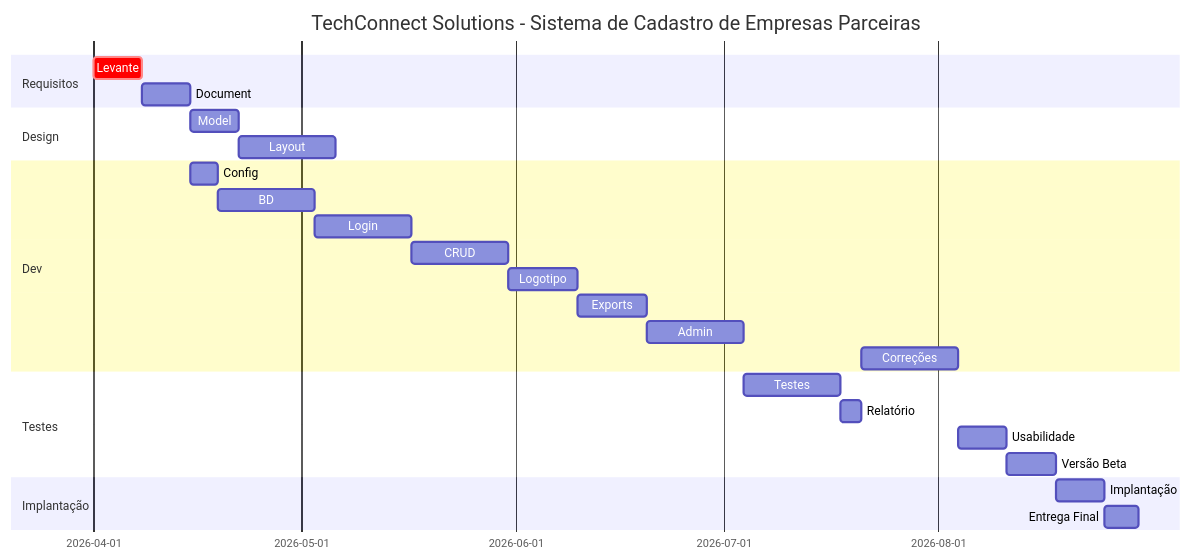
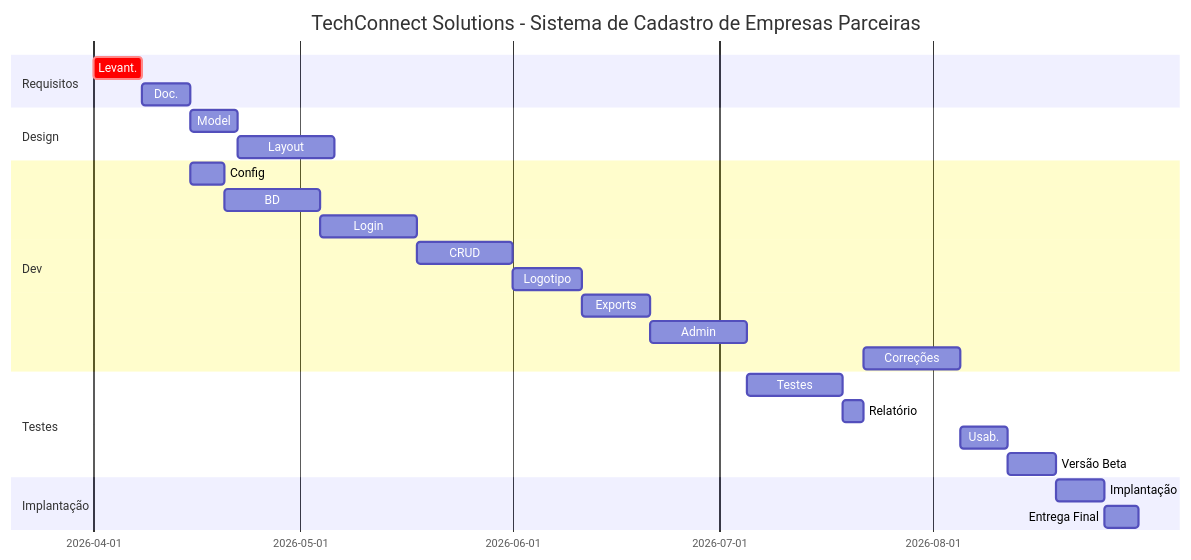
One commit to MaxPichy/teste_gannt3 changed the diagram in ATIVIDADE1.md. Above: the diagram before and after it, drawn with Mermaid.

````diff
--- a/ATIVIDADE1.md
+++ b/ATIVIDADE1.md
@@ -1,33 +1,33 @@
 ```mermaid
 gantt
     title TechConnect Solutions - Sistema de Cadastro de Empresas Parceiras
     dateFormat YYYY-MM-DD
     
     section Requisitos
-    Levante                    :crit, req, 2026-04-01, 7d
-    Document                   :doc, after req, 7d
+    Levant.                    :crit, req, 2026-04-01, 7d
+    Doc.                       :doc, after req, 7d
     
     section Design
     Model                      :mod, after doc, 7d
     Layout                     :lay, after mod, 14d
     
     section Dev
-    Config                     :cfg, after doc, 4d
+    Config                     :cfg, after doc, 5d
     BD                         :bd, after cfg, 14d
     Login                      :lgn, after bd, 14d
     CRUD                       :crd, after lgn, 14d
     Logotipo                   :lgt, after crd, 10d
     Exports                    :exp, after lgt, 10d
     Admin                      :adm, after exp, 14d
     Correções                  :cor, after rel, 14d
     
     section Testes
     Testes                      :tst, after adm, 14d
     Relatório                   :rel, after tst, 3d
-    Usabilidade                :usb, after cor, 7d
+    Usab.                       :usb, after cor, 7d
     Versão Beta                 :beta, after usb, 7d
     
     section Implantação
     Implantação                 :deploy, after beta, 7d
     Entrega Final               :entrega, after deploy, 5d
 ```
````
